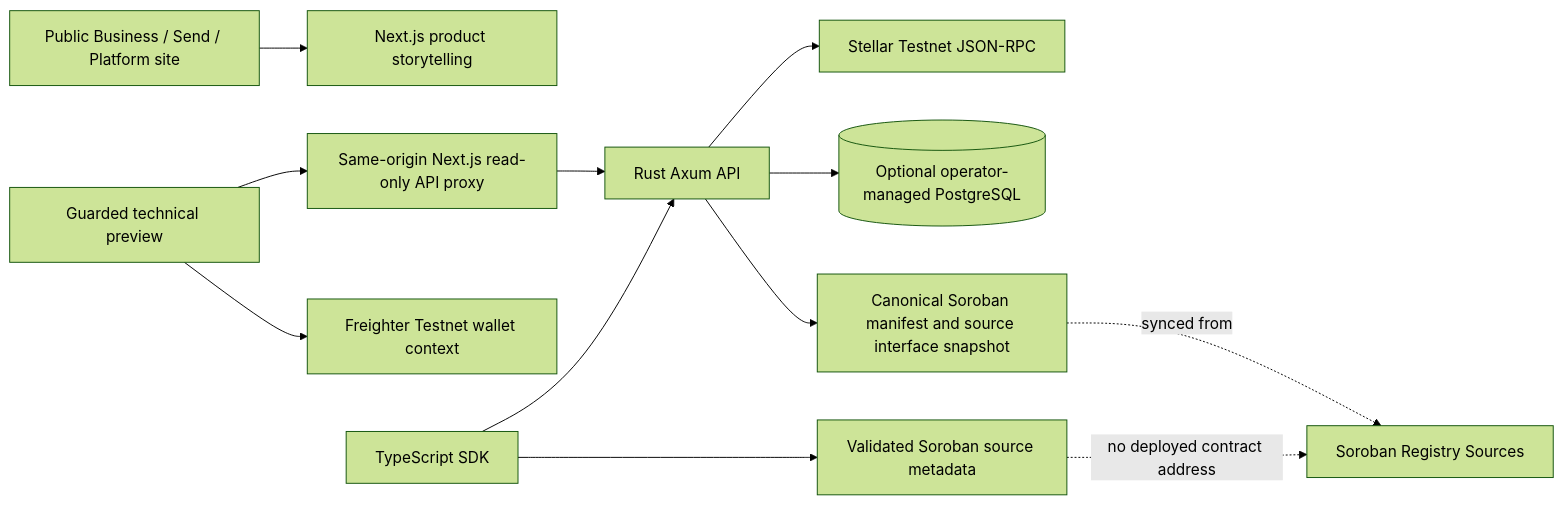
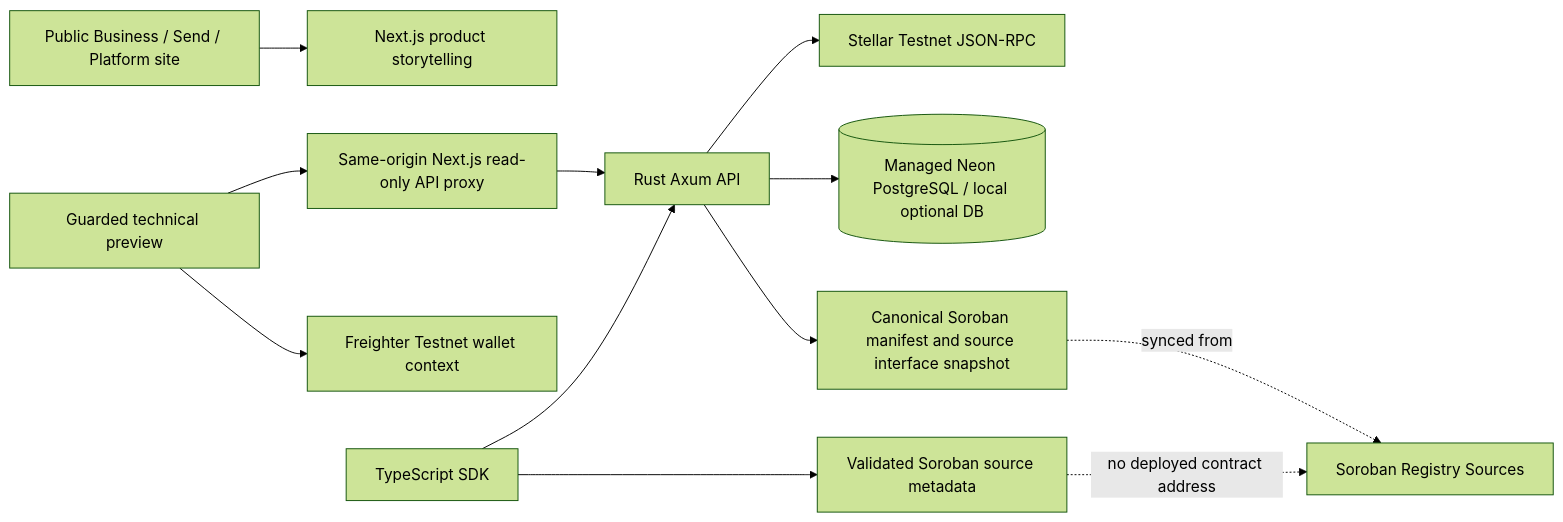
The diagram in docs/INTEGRATION-TOPOLOGY.md (stealthbridge-labs/.github), drawn with Mermaid (forest theme) before and after one commit. The commit also changed other lines of this file, not shown here.

````diff
--- a/docs/INTEGRATION-TOPOLOGY.md
+++ b/docs/INTEGRATION-TOPOLOGY.md
@@ -21,14 +21,14 @@
 ```mermaid
 flowchart LR
     Customer[Public Business / Send / Platform site] --> Product[Next.js product storytelling]
     Engineering[Guarded technical preview] --> Proxy[Same-origin Next.js read-only API proxy]
     Engineering --> Wallet[Freighter Testnet wallet context]
     Proxy --> Rust[Rust Axum API]
     Rust --> Stellar[Stellar Testnet JSON-RPC]
-    Rust --> DB[(Optional operator-managed PostgreSQL)]
+    Rust --> DB[(Managed Neon PostgreSQL / local optional DB)]
     Rust --> Manifest[Canonical Soroban manifest and source interface snapshot]
     Manifest -. synced from .-> Contracts[Soroban Registry Sources]
     SDK[TypeScript SDK] --> Rust
     SDK --> ABI[Validated Soroban source metadata]
     ABI -. no deployed contract address .-> Contracts
 ```
````
